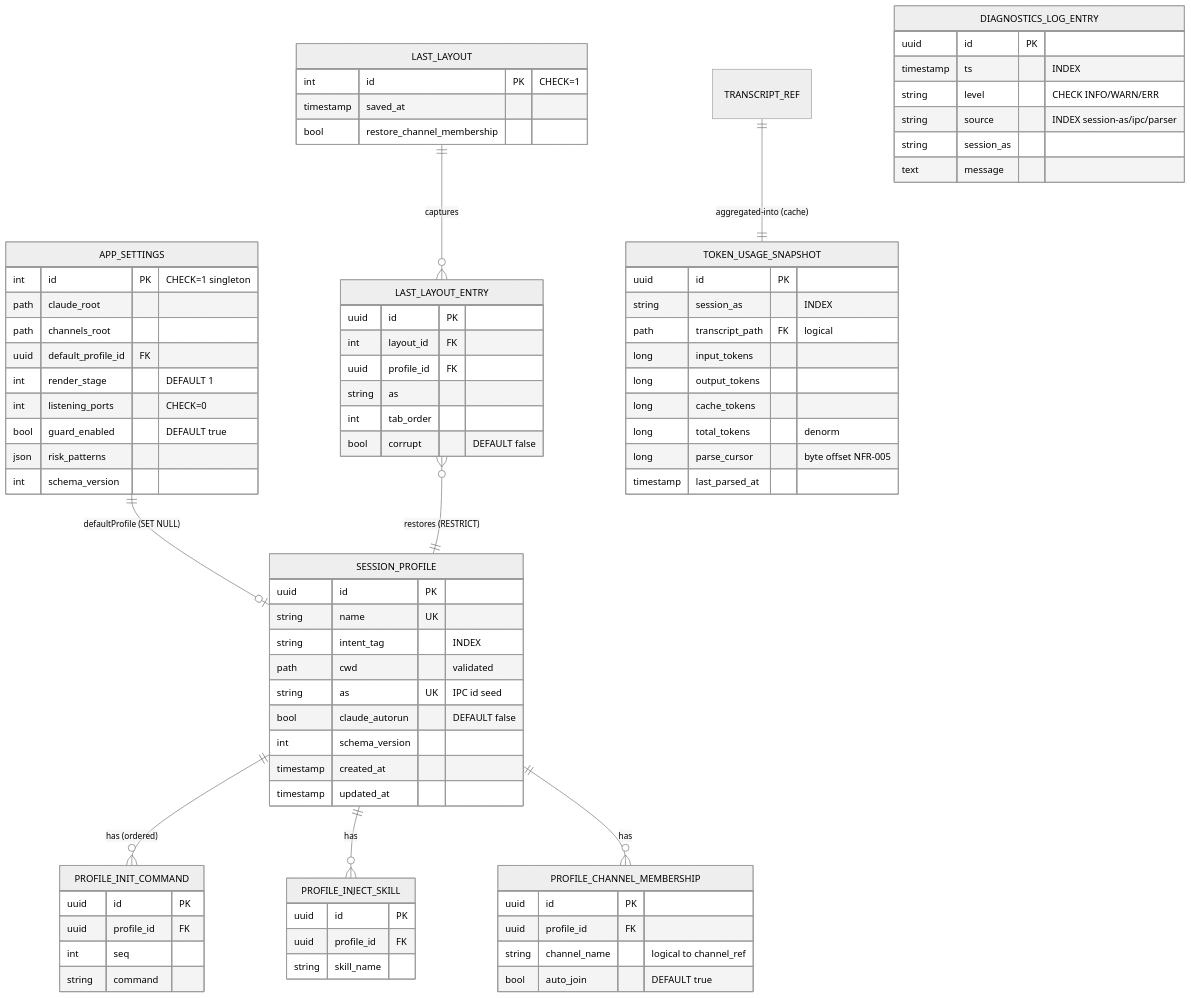
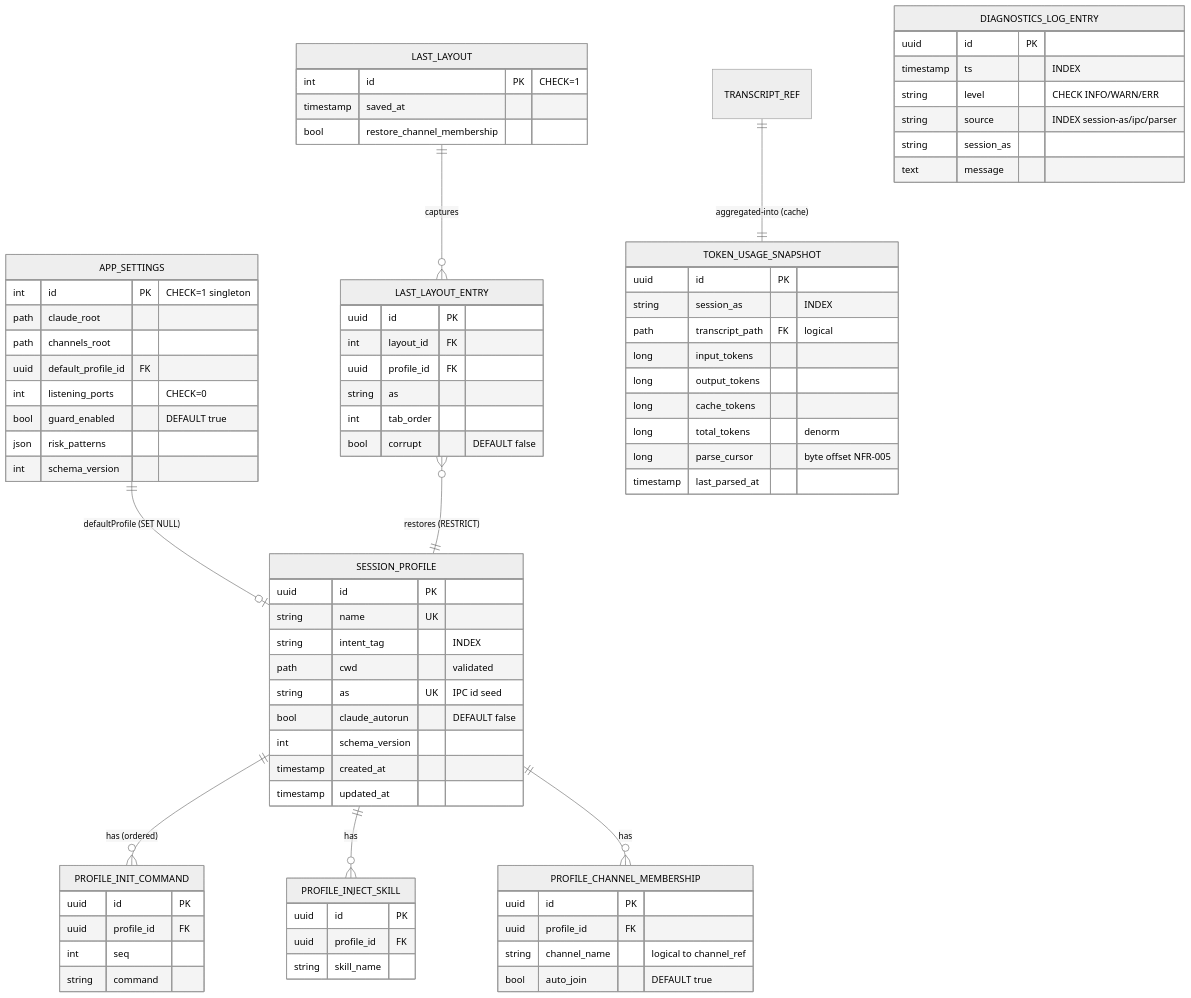
The first of 3 diagrams in docs/plans/v1/09_database.md (MAHT1990/control_tower_win), drawn with Mermaid (neutral theme) before and after one commit. The commit also changed other lines of this file and 12 other files, not shown here.

````diff
--- a/docs/plans/v1/09_database.md
+++ b/docs/plans/v1/09_database.md
@@ -125,82 +125,81 @@
 ```mermaid
 erDiagram
     SESSION_PROFILE ||--o{ PROFILE_INIT_COMMAND : "has (ordered)"
     SESSION_PROFILE ||--o{ PROFILE_INJECT_SKILL : "has"
     SESSION_PROFILE ||--o{ PROFILE_CHANNEL_MEMBERSHIP : "has"
     APP_SETTINGS ||--o| SESSION_PROFILE : "defaultProfile (SET NULL)"
     LAST_LAYOUT ||--o{ LAST_LAYOUT_ENTRY : "captures"
     LAST_LAYOUT_ENTRY }o--|| SESSION_PROFILE : "restores (RESTRICT)"
     TRANSCRIPT_REF ||--|| TOKEN_USAGE_SNAPSHOT : "aggregated-into (cache)"
 
     SESSION_PROFILE {
         uuid id PK
         string name UK
         string intent_tag "INDEX"
         path cwd "validated"
         string as UK "IPC id seed"
         bool claude_autorun "DEFAULT false"
         int schema_version
         timestamp created_at
         timestamp updated_at
     }
     PROFILE_INIT_COMMAND {
         uuid id PK
         uuid profile_id FK
         int seq
         string command
     }
     PROFILE_INJECT_SKILL {
         uuid id PK
         uuid profile_id FK
         string skill_name
     }
     PROFILE_CHANNEL_MEMBERSHIP {
         uuid id PK
         uuid profile_id FK
         string channel_name "logical to channel_ref"
         bool auto_join "DEFAULT true"
     }
     APP_SETTINGS {
         int id PK "CHECK=1 singleton"
         path claude_root
         path channels_root
         uuid default_profile_id FK
-        int render_stage "DEFAULT 1"
         int listening_ports "CHECK=0"
         bool guard_enabled "DEFAULT true"
         json risk_patterns
         int schema_version
     }
     LAST_LAYOUT {
         int id PK "CHECK=1"
         timestamp saved_at
         bool restore_channel_membership
     }
     LAST_LAYOUT_ENTRY {
         uuid id PK
         int layout_id FK
         uuid profile_id FK
         string as
         int tab_order
         bool corrupt "DEFAULT false"
     }
     TOKEN_USAGE_SNAPSHOT {
         uuid id PK
         string session_as "INDEX"
         path transcript_path FK "logical"
         long input_tokens
         long output_tokens
         long cache_tokens
         long total_tokens "denorm"
         long parse_cursor "byte offset NFR-005"
         timestamp last_parsed_at
     }
     DIAGNOSTICS_LOG_ENTRY {
         uuid id PK
         timestamp ts "INDEX"
         string level "CHECK INFO/WARN/ERR"
         string source "INDEX session-as/ipc/parser"
         string session_as
         text message
     }
 ```
````
